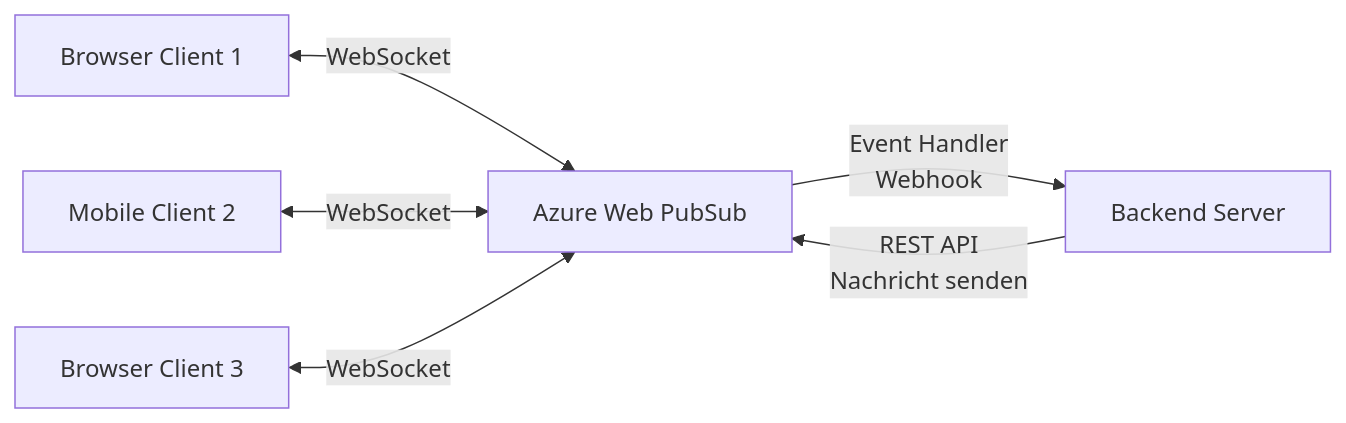
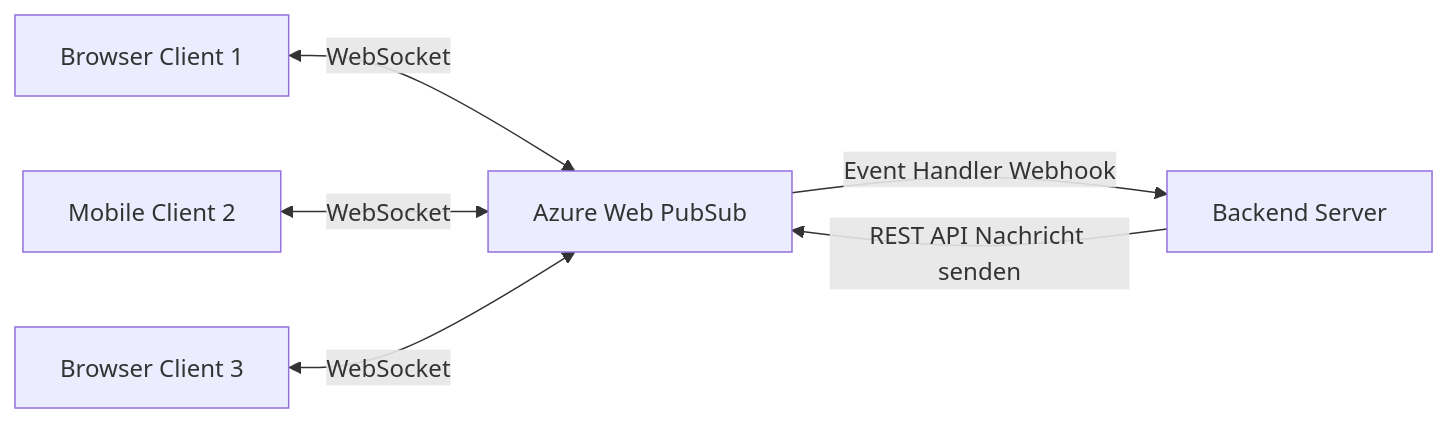
One commit to SoniiiT/notes-n-docs changed the first of 3 diagrams in Microsoft 365/Azure/Integration und Messaging/Azure Web PubSub.md. Above: the diagram before and after it, drawn with Mermaid. The commit also changed other lines of this file and 124 other files, not shown here.

First line of the commit message:
fix: Entferne \n aus allen Mermaid-Diagrammen (125 Dateien)

````diff
--- a/Microsoft 365/Azure/Integration und Messaging/Azure Web PubSub.md
+++ b/Microsoft 365/Azure/Integration und Messaging/Azure Web PubSub.md
@@ -17,8 +17,8 @@
 ```mermaid
 flowchart LR
     C1[Browser Client 1] <-->|WebSocket| WPS[Azure Web PubSub]
     C2[Mobile Client 2] <-->|WebSocket| WPS
     C3[Browser Client 3] <-->|WebSocket| WPS
-    SRV[Backend Server] -->|REST API\nNachricht senden| WPS
-    WPS -->|Event Handler\nWebhook| SRV
+    SRV[Backend Server] -->|REST API Nachricht senden| WPS
+    WPS -->|Event Handler Webhook| SRV
 ```
````
